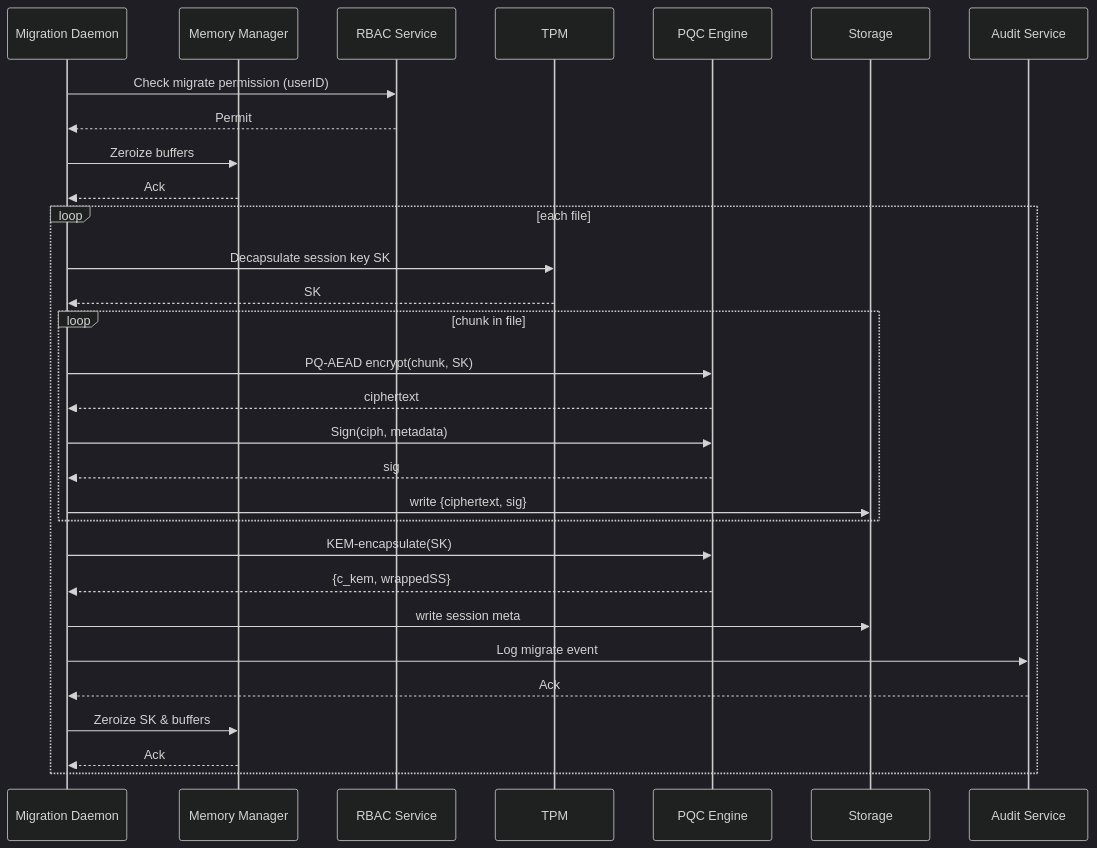
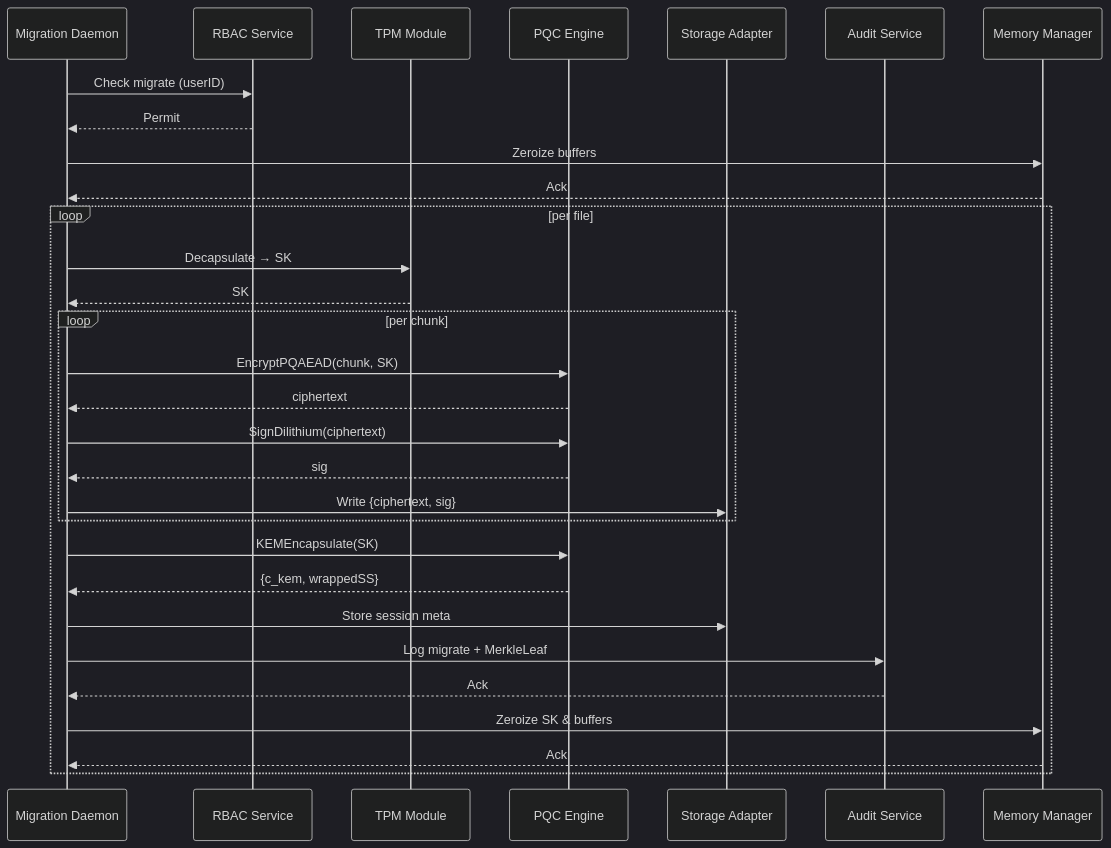
Before and after one commit to Sharvil2704/SNDL_shield: the second of 4 diagrams in design.md, drawn with Mermaid (dark theme). The commit also changed other lines of this file, not shown here.

````diff
--- a/design.md
+++ b/design.md
@@ -84,33 +103,34 @@
 ```mermaid
 sequenceDiagram
-    participant Migration as Migration Daemon
-    participant MemMgr    as Memory Manager
-    participant RBAC      as RBAC Service
-    participant TPM       as TPM
-    participant Crypto    as PQC Engine
-    participant Store     as Storage
-    participant Audit     as Audit Service
+  participant Mig as Migration Daemon
+  participant RB as RBAC Service
+  participant TP as TPM Module
+  participant PQ as PQC Engine
+  participant St as Storage Adapter
+  participant Au as Audit Service
+  participant Me as Memory Manager
 
-    Migration->>RBAC: Check migrate permission (userID)
-    RBAC-->>Migration: Permit
-    Migration->>MemMgr: Zeroize buffers
-    MemMgr-->>Migration: Ack
-    loop each file
-      Migration->>TPM: Decapsulate session key SK
-      TPM-->>Migration: SK
-      loop chunk in file
-        Migration->>Crypto: PQ-AEAD encrypt(chunk, SK)
-        Crypto-->>Migration: ciphertext
-        Migration->>Crypto: Sign(ciph, metadata)
-        Crypto-->>Migration: sig
-        Migration->>Store: write {ciphertext, sig}
-      end
-      Migration->>Crypto: KEM-encapsulate(SK)
-      Crypto-->>Migration: {c_kem, wrappedSS}
-      Migration->>Store: write session meta
-      Migration->>Audit: Log migrate event
-      Audit-->>Migration: Ack
-      Migration->>MemMgr: Zeroize SK & buffers
-      MemMgr-->>Migration: Ack
+  Mig->>RB: Check migrate (userID)
+  RB-->>Mig: Permit
+  Mig->>Me: Zeroize buffers
+  Me-->>Mig: Ack
+
+  loop per file
+    Mig->>TP: Decapsulate → SK
+    TP-->>Mig: SK
+    loop per chunk
+      Mig->>PQ: EncryptPQAEAD(chunk, SK)
+      PQ-->>Mig: ciphertext
+      Mig->>PQ: SignDilithium(ciphertext)
+      PQ-->>Mig: sig
+      Mig->>St: Write {ciphertext, sig}
     end
+    Mig->>PQ: KEMEncapsulate(SK)
+    PQ-->>Mig: {c_kem, wrappedSS}
+    Mig->>St: Store session meta
+    Mig->>Au: Log migrate + MerkleLeaf
+    Au-->>Mig: Ack
+    Mig->>Me: Zeroize SK & buffers
+    Me-->>Mig: Ack
+  end
 ```
````
